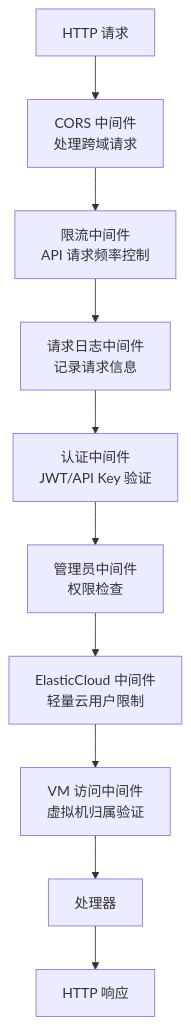
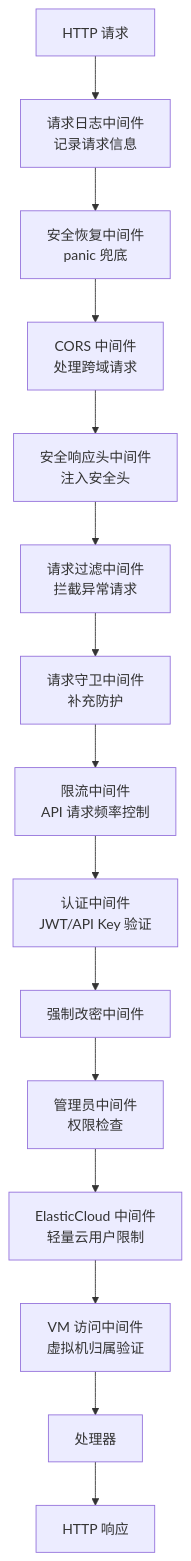
One commit to QVMConsole/docs changed the fourth of 18 diagrams in docs/feature-analysis/qvmconsole-architecture.mdx. Above: the diagram before and after it, drawn with Mermaid. The commit also changed other lines of this file and 6 other files, not shown here.

````diff
--- a/docs/feature-analysis/qvmconsole-architecture.mdx
+++ b/docs/feature-analysis/qvmconsole-architecture.mdx
@@ -203,12 +226,17 @@
 ```mermaid
 flowchart TD
-    Request[HTTP 请求] --> CORS[CORS 中间件<br/>处理跨域请求]
-    CORS --> RateLimit[限流中间件<br/>API 请求频率控制]
-    RateLimit --> Log[请求日志中间件<br/>记录请求信息]
-    Log --> Auth[认证中间件<br/>JWT/API Key 验证]
-    Auth --> Admin[管理员中间件<br/>权限检查]
-    Admin --> ElasticCloud[ElasticCloud 中间件<br/>轻量云用户限制]
-    ElasticCloud --> VMAccess[VM 访问中间件<br/>虚拟机归属验证]
+    Request[HTTP 请求] --> ReqLog[请求日志中间件<br/>记录请求信息]
+    ReqLog --> Recover[安全恢复中间件<br/>panic 兜底]
+    Recover --> CORS[CORS 中间件<br/>处理跨域请求]
+    CORS --> SecHdr[安全响应头中间件<br/>注入安全头]
+    SecHdr --> ReqFilter[请求过滤中间件<br/>拦截异常请求]
+    ReqFilter --> ReqGuard[请求守卫中间件<br/>补充防护]
+    ReqGuard --> RateLimit[限流中间件<br/>API 请求频率控制]
+    RateLimit --> Auth[认证中间件<br/>JWT/API Key 验证]
+    Auth --> PwdChange[强制改密中间件]
+    PwdChange --> Admin[管理员中间件<br/>权限检查]
+    Admin --> Elastic[ElasticCloud 中间件<br/>轻量云用户限制]
+    Elastic --> VMAccess[VM 访问中间件<br/>虚拟机归属验证]
     VMAccess --> Handler[处理器]
     Handler --> Response[HTTP 响应]
 ```
````
